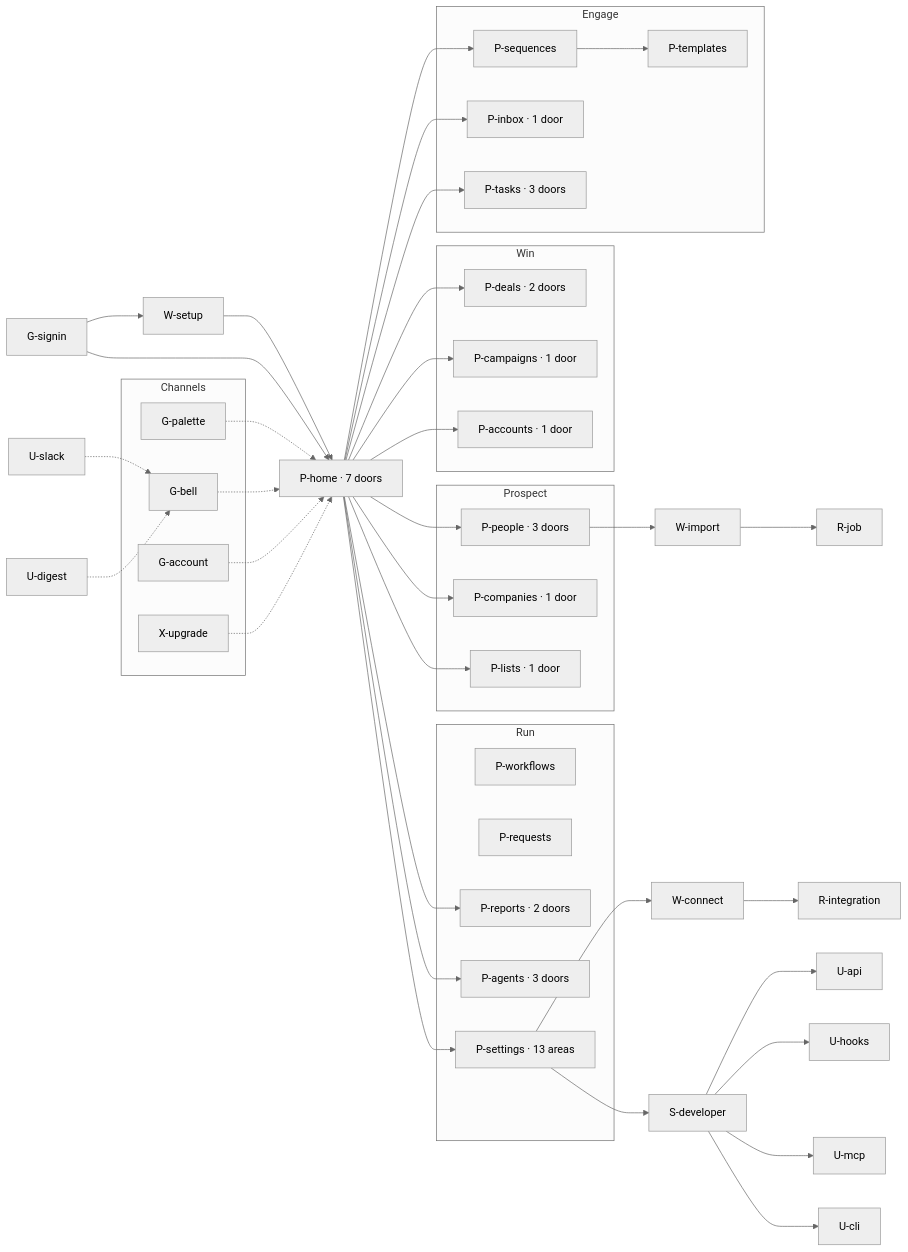
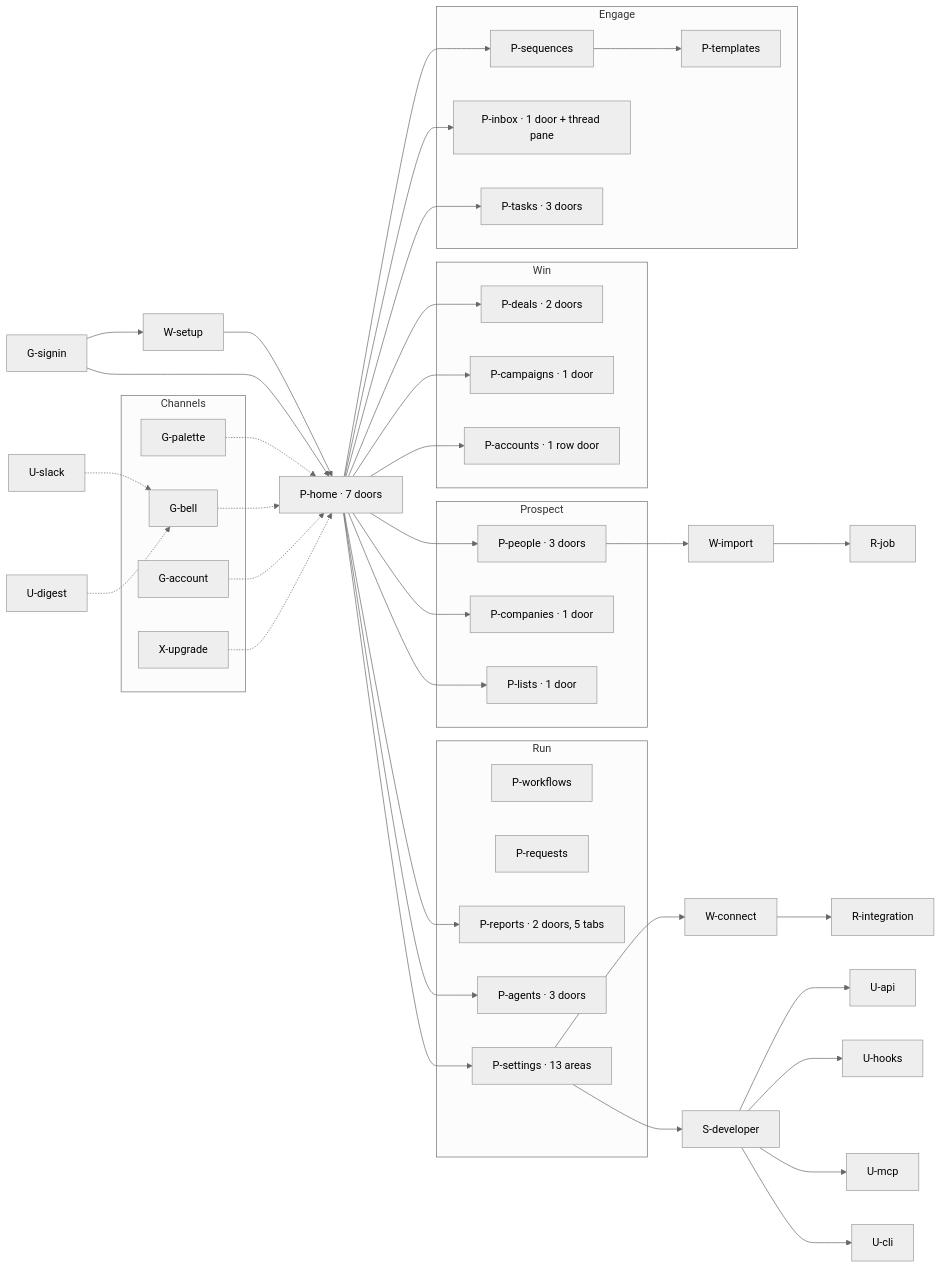
The first of 2 diagrams in IA-MAP.md (zak245/opd), drawn with Mermaid (neutral theme) before and after one commit. The commit also changed other lines of this file and 64 other files, not shown here.

````diff
--- a/IA-MAP.md
+++ b/IA-MAP.md
@@ -382,45 +399,45 @@
 ```mermaid
 flowchart LR
   SI["G-signin"] --> SU["W-setup"] --> H["P-home · 7 doors"]
   SI --> H
   subgraph Prospect
     PE["P-people · 3 doors"]
     CO["P-companies · 1 door"]
     LI["P-lists · 1 door"]
   end
   subgraph Engage
     SQ["P-sequences"]
-    IN["P-inbox · 1 door"]
+    IN["P-inbox · 1 door + thread pane"]
     TA["P-tasks · 3 doors"]
     TE["P-templates"]
   end
   subgraph Win
     DE["P-deals · 2 doors"]
     CA["P-campaigns · 1 door"]
-    AC["P-accounts · 1 door"]
+    AC["P-accounts · 1 row door"]
   end
   subgraph Run
     WF["P-workflows"]
     RQ["P-requests"]
-    RE["P-reports · 2 doors"]
+    RE["P-reports · 2 doors, 5 tabs"]
     AG["P-agents · 3 doors"]
     ST["P-settings · 13 areas"]
   end
   H --> PE & CO & LI & SQ & IN & TA & DE & CA & AC & RE & AG & ST
   ST --> WC["W-connect"] --> RI["R-integration"]
   PE --> WI["W-import"] --> RJ["R-job"]
   SQ --> TE
   ST --> DEV["S-developer"] --> API["U-api"] & HK["U-hooks"] & MCP["U-mcp"] & CLI["U-cli"]
   subgraph Channels
     CK["G-palette"]
     BE["G-bell"]
     AM["G-account"]
     UP["X-upgrade"]
   end
   CK -.-> H
   BE -.-> H
   AM -.-> H
   UP -.-> H
   SL["U-slack"] -.-> BE
   DG["U-digest"] -.-> BE
 ```
````
